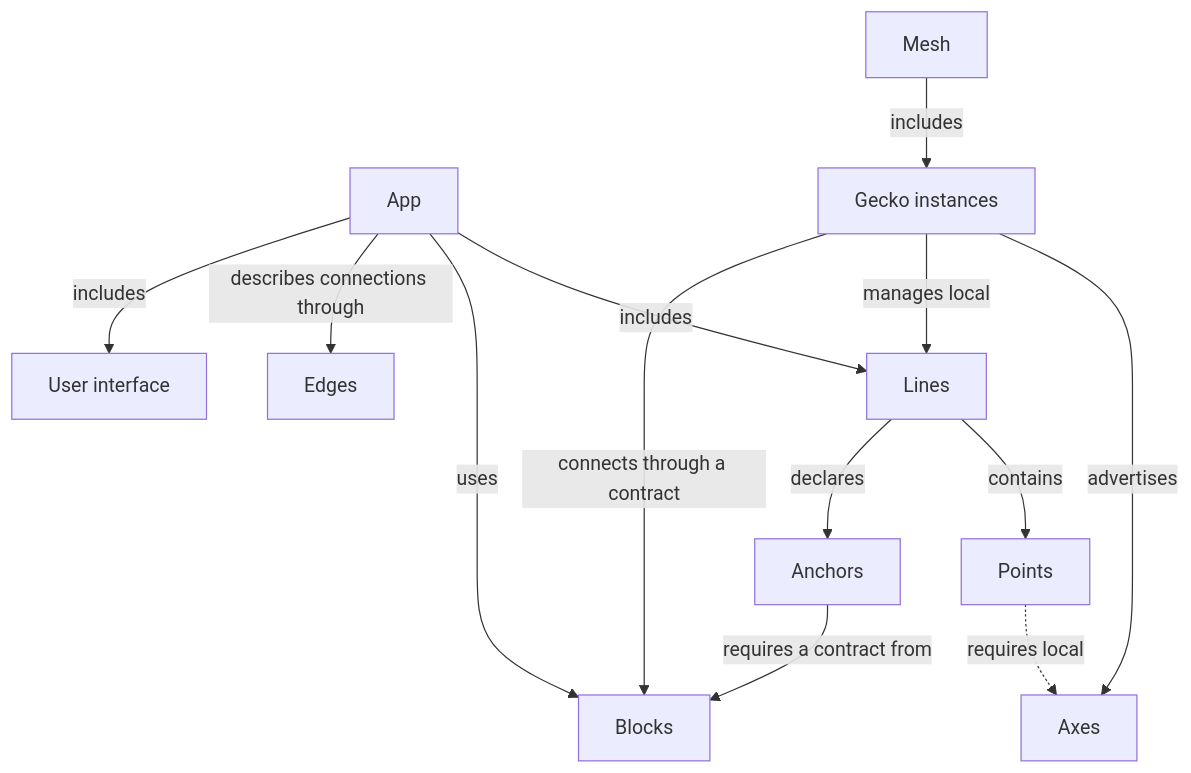
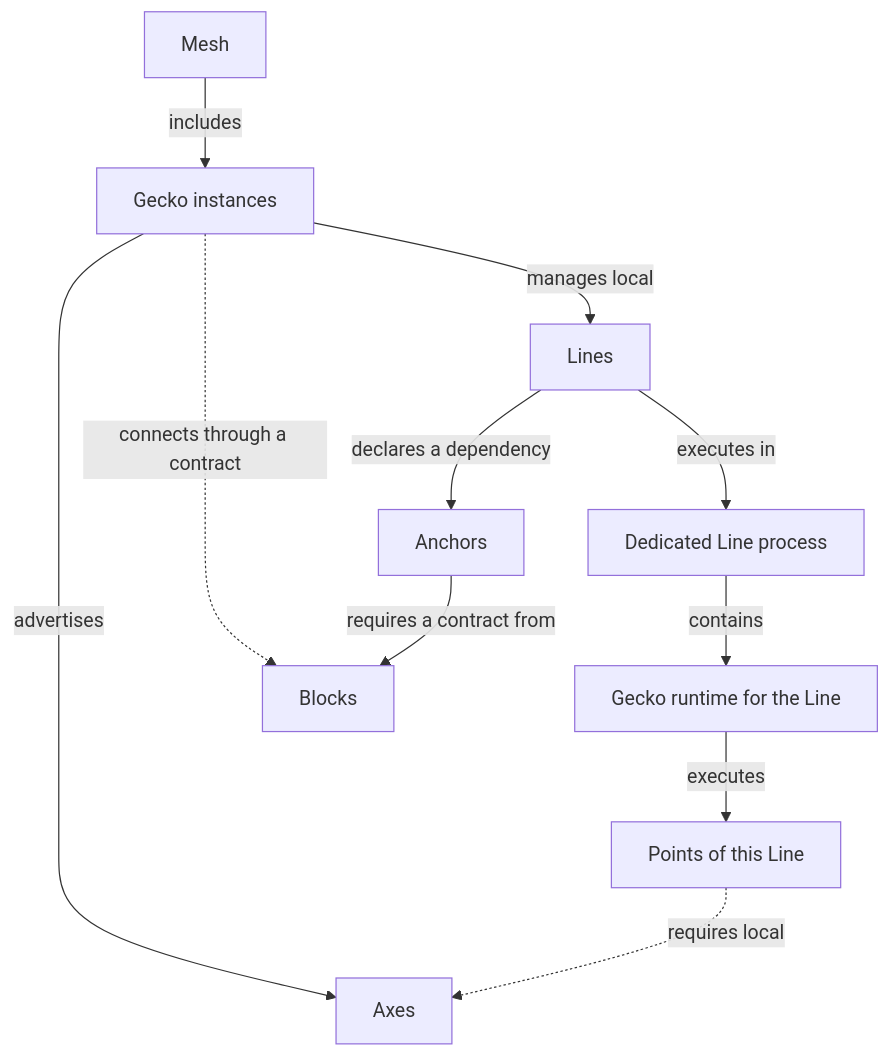
One commit to jfultr/gecko-core changed the second of 2 diagrams in docs/concepts.md. Above: the diagram before and after it, drawn with Mermaid. The commit also changed other lines of this file and 1 other file, not shown here.

Commit message:
docs: add Views and Point control view trace contracts

````diff
--- a/docs/concepts.md
+++ b/docs/concepts.md
@@ -49,15 +74,13 @@
 ```mermaid
 flowchart TB
-    App[App] -->|includes| Line[Lines]
-    App -->|uses| Block[Blocks]
-    App -->|describes connections through| Edge[Edges]
-    App -->|includes| UI[User interface]
-    Line -->|contains| Point[Points]
-    Line -->|declares| Anchor[Anchors]
-    Anchor -->|requires a contract from| Block
     Mesh[Mesh] -->|includes| Gecko[Gecko instances]
     Gecko -->|advertises| Axis[Axes]
-    Gecko -->|manages local| Line
-    Gecko -->|connects through a contract| Block
+    Gecko -->|manages local| Line[Lines]
+    Line -->|executes in| Process[Dedicated Line process]
+    Process -->|contains| Runtime[Gecko runtime for the Line]
+    Runtime -->|executes| Point[Points of this Line]
+    Gecko -.->|connects through a contract| Block[Blocks]
+    Line -->|declares a dependency| Anchor[Anchors]
+    Anchor -->|requires a contract from| Block
     Point -.->|requires local| Axis
 ```
````
